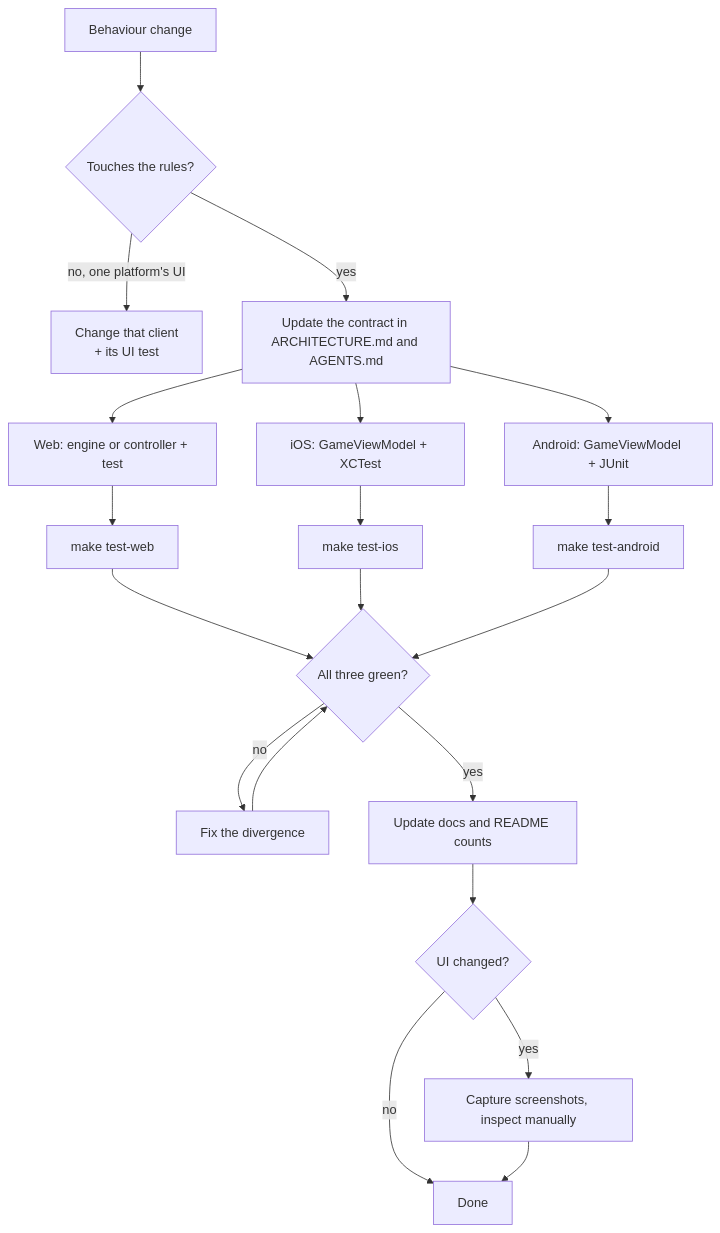
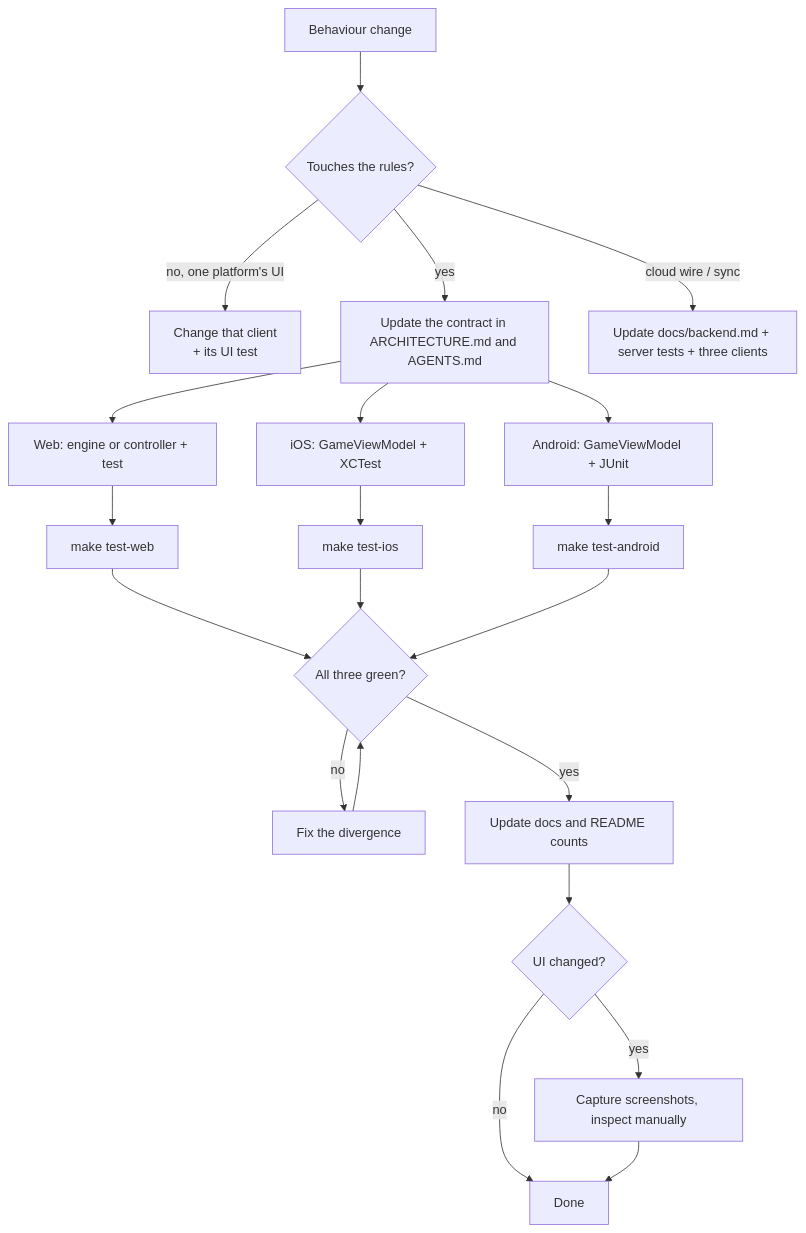
One commit to hoangsonww/2048-Game changed diagram 45 of 47 in ARCHITECTURE.md. Above: the diagram before and after it, drawn with Mermaid. The commit also changed other lines of this file, not shown here.

First line of the commit message:
Expand ARCHITECTURE.md into a full system reference.

````diff
--- a/ARCHITECTURE.md
+++ b/ARCHITECTURE.md
@@ -1446,25 +1884,26 @@
 ```mermaid
 flowchart TD
     Start[Behaviour change] --> Kind{Touches the rules?}
     Kind -->|no, one platform's UI| Single["Change that client<br/>+ its UI test"]
     Kind -->|yes| Contract[Update the contract in ARCHITECTURE.md and AGENTS.md]
+    Kind -->|cloud wire / sync| Backend[Update docs/backend.md + server tests + three clients]
 
     Contract --> W[Web: engine or controller + test]
     Contract --> I[iOS: GameViewModel + XCTest]
     Contract --> A[Android: GameViewModel + JUnit]
 
     W --> WT[make test-web]
     I --> IT[make test-ios]
     A --> AT[make test-android]
 
     WT --> All{All three green?}
     IT --> All
     AT --> All
     All -->|no| Fix[Fix the divergence]
     Fix --> All
     All -->|yes| Docs[Update docs and README counts]
     Docs --> Shots{UI changed?}
     Shots -->|yes| Screens[Capture screenshots, inspect manually]
     Shots -->|no| Done[Done]
     Screens --> Done
 ```
````
